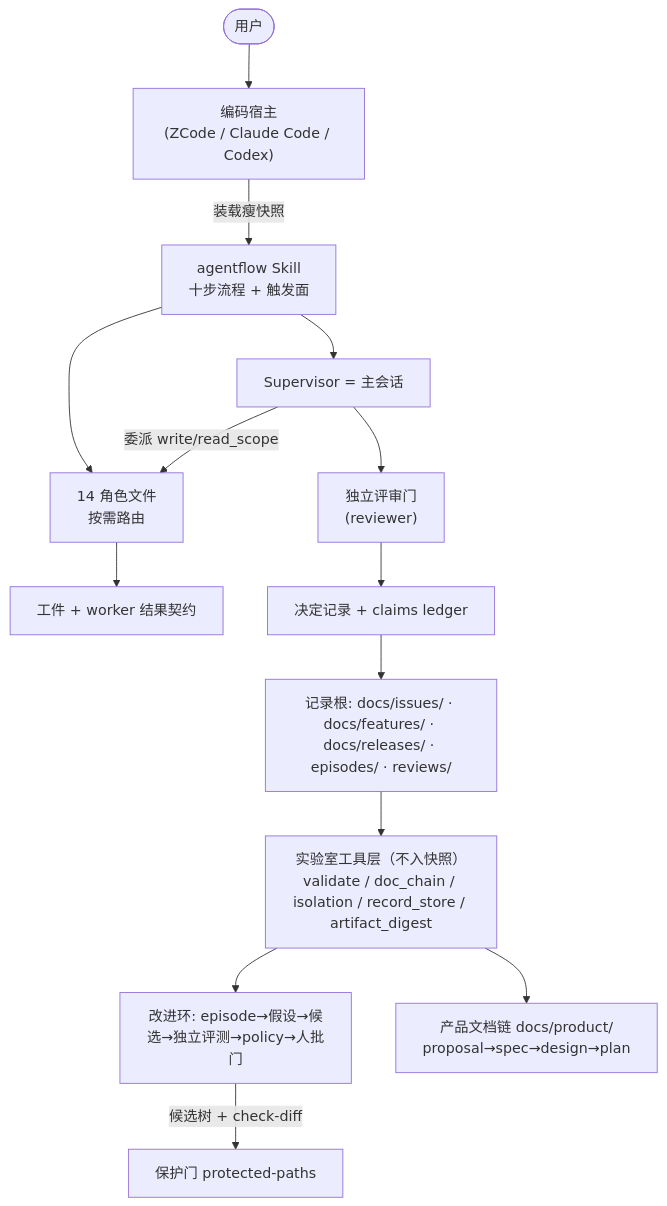
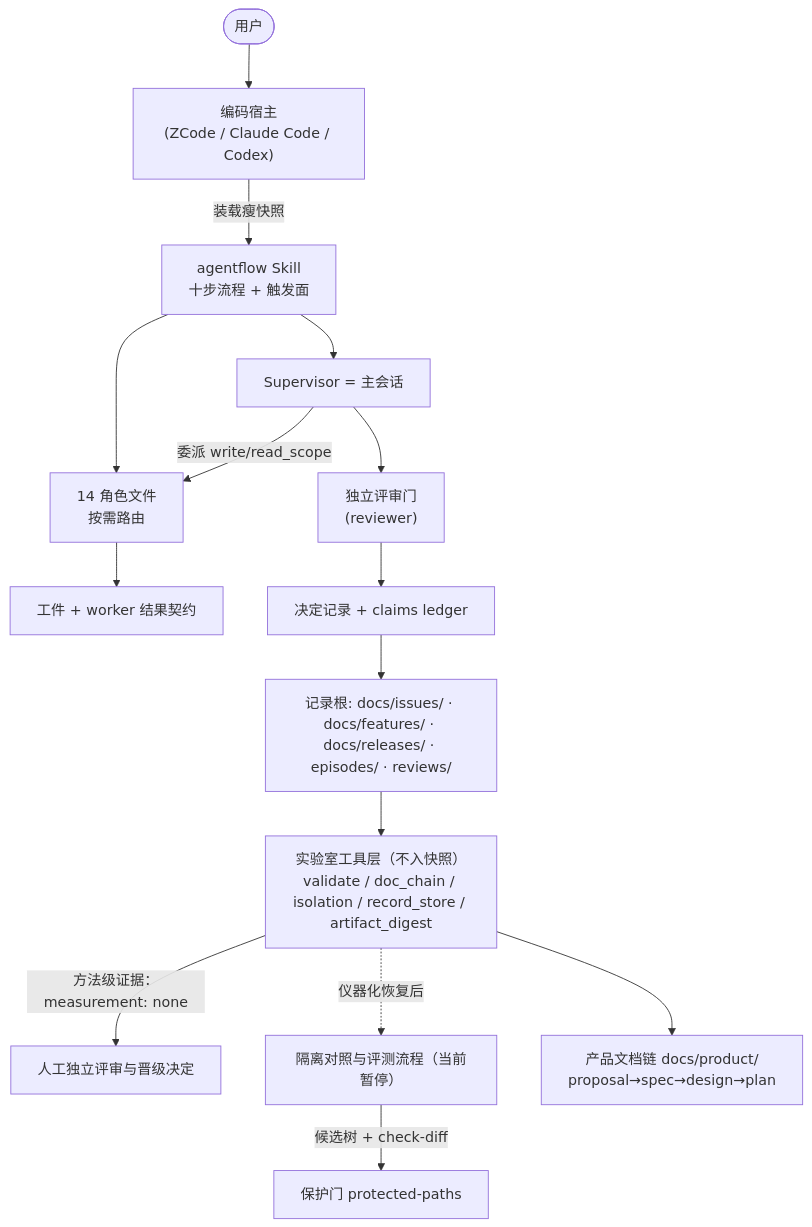
The first of 2 diagrams in docs/product/design/product-design.md (Ganseblum/agentflows), drawn with Mermaid before and after one commit. The commit also changed other lines of this file and 50 other files, not shown here.

````diff
--- a/docs/product/design/product-design.md
+++ b/docs/product/design/product-design.md
@@ -47,16 +47,17 @@
 ```mermaid
 flowchart TB
     User(["用户"]) --> Host["编码宿主<br/>(ZCode / Claude Code / Codex)"]
     Host -->|"装载瘦快照"| Skill["agentflow Skill<br/>十步流程 + 触发面"]
     Skill --> Roles["14 角色文件<br/>按需路由"]
     Skill --> Sup["Supervisor = 主会话"]
     Sup -->|"委派 write/read_scope"| Roles
     Roles --> Out["工件 + worker 结果契约"]
     Sup --> Gate1["独立评审门<br/>(reviewer)"]
     Gate1 --> Decide["决定记录 + claims ledger"]
     Decide --> Ep["记录根: docs/issues/ · docs/features/ · docs/releases/ · episodes/ · reviews/"]
     Ep --> Inst["实验室工具层（不入快照）<br/>validate / doc_chain / isolation / record_store / artifact_digest"]
-    Inst --> Loop["改进环: episode→假设→候选→独立评测→policy→人批门"]
+    Inst -->|"方法级证据：measurement: none"| Human["人工独立评审与晋级决定"]
+    Inst -."仪器化恢复后".-> Loop["隔离对照与评测流程（当前暂停）"]
     Loop -->|"候选树 + check-diff"| Gate2["保护门 protected-paths"]
     Inst --> Docs["产品文档链 docs/product/<br/>proposal→spec→design→plan"]
 ```
````
